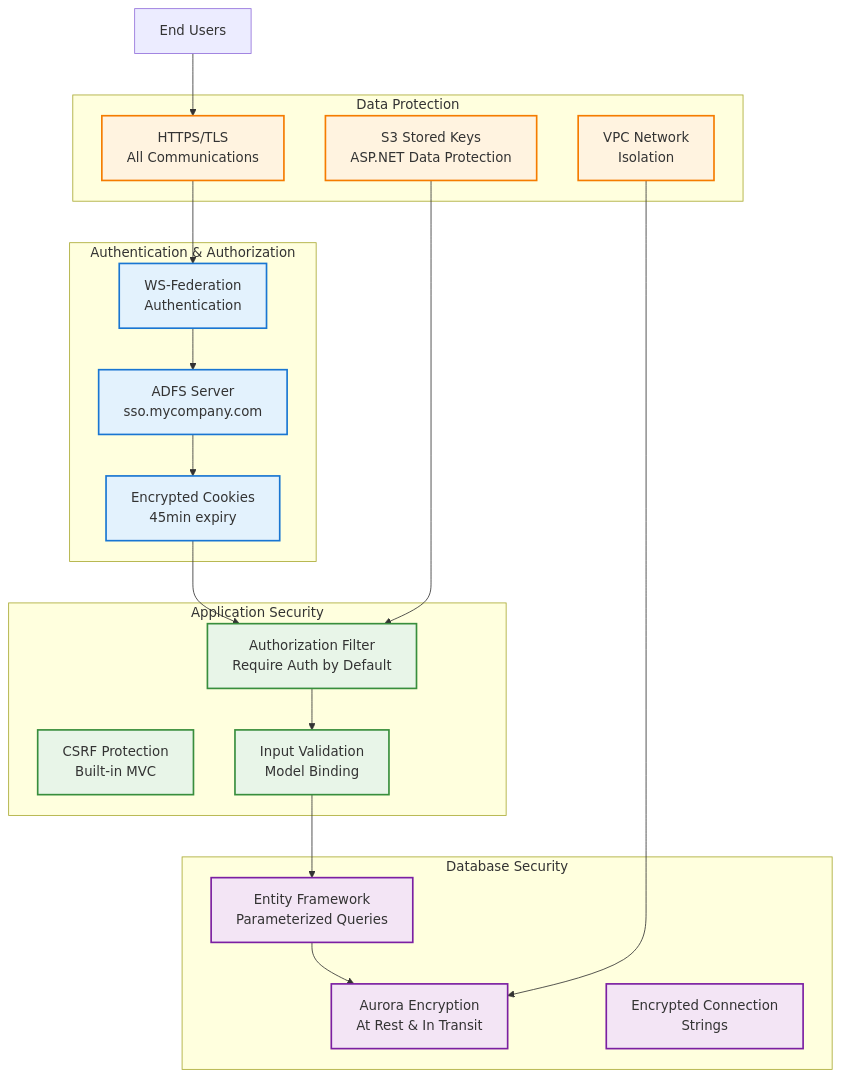
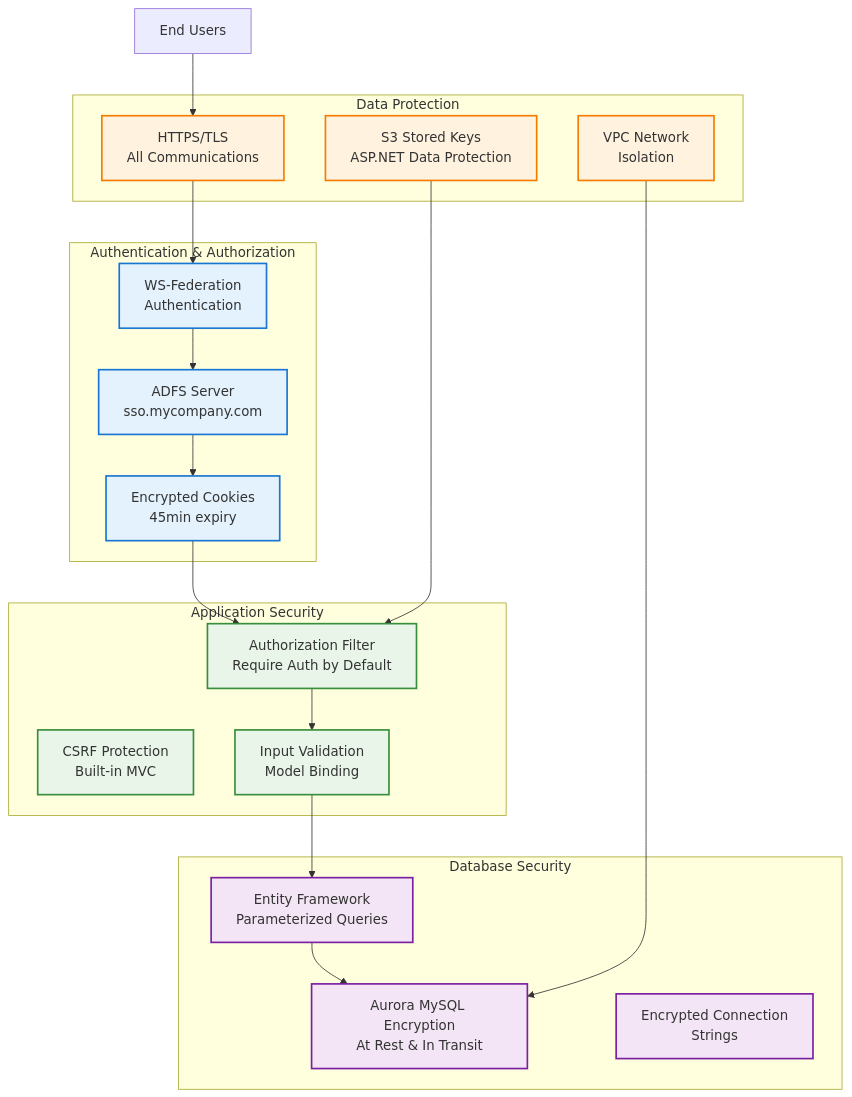
The fifth of 5 diagrams in AWS_Architecture_Diagram.md (csg-i/assetcompliancetracker), drawn with Mermaid before and after one commit. The commit also changed other lines of this file and 1 other file, not shown here.

First line of the commit message:
Fix: Correct database references from Aurora Serverless to Aurora MySQL

````diff
--- a/AWS_Architecture_Diagram.md
+++ b/AWS_Architecture_Diagram.md
@@ -253,49 +253,49 @@
 ```mermaid
 graph TB
     subgraph "Authentication & Authorization"
         ADFS[ADFS Server<br/>sso.mycompany.com]
         WSFed[WS-Federation<br/>Authentication]
         Cookies[Encrypted Cookies<br/>45min expiry]
     end
 
     subgraph "Data Protection"
         S3Keys[S3 Stored Keys<br/>ASP.NET Data Protection]
         HTTPS[HTTPS/TLS<br/>All Communications]
         VPC[VPC Network<br/>Isolation]
     end
 
     subgraph "Application Security"
         AuthFilter[Authorization Filter<br/>Require Auth by Default]
         CSRF[CSRF Protection<br/>Built-in MVC]
         InputVal[Input Validation<br/>Model Binding]
     end
 
     subgraph "Database Security"
-        AuroraEnc[Aurora Encryption<br/>At Rest & In Transit]
+        AuroraEnc[Aurora MySQL Encryption<br/>At Rest & In Transit]
         ConnStr[Encrypted Connection<br/>Strings]
         EF[Entity Framework<br/>Parameterized Queries]
     end
 
     Users[End Users] --> HTTPS
     HTTPS --> WSFed
     WSFed --> ADFS
     ADFS --> Cookies
     Cookies --> AuthFilter
     AuthFilter --> InputVal
     InputVal --> EF
     EF --> AuroraEnc
     
     S3Keys --> AuthFilter
     VPC --> AuroraEnc
 
     %% Styling
     classDef auth fill:#e3f2fd,stroke:#1976d2,stroke-width:2px
     classDef protection fill:#fff3e0,stroke:#f57c00,stroke-width:2px
     classDef app fill:#e8f5e8,stroke:#388e3c,stroke-width:2px
     classDef db fill:#f3e5f5,stroke:#7b1fa2,stroke-width:2px
     
     class ADFS,WSFed,Cookies auth
     class S3Keys,HTTPS,VPC protection
     class AuthFilter,CSRF,InputVal app
     class AuroraEnc,ConnStr,EF db
 ```
````
